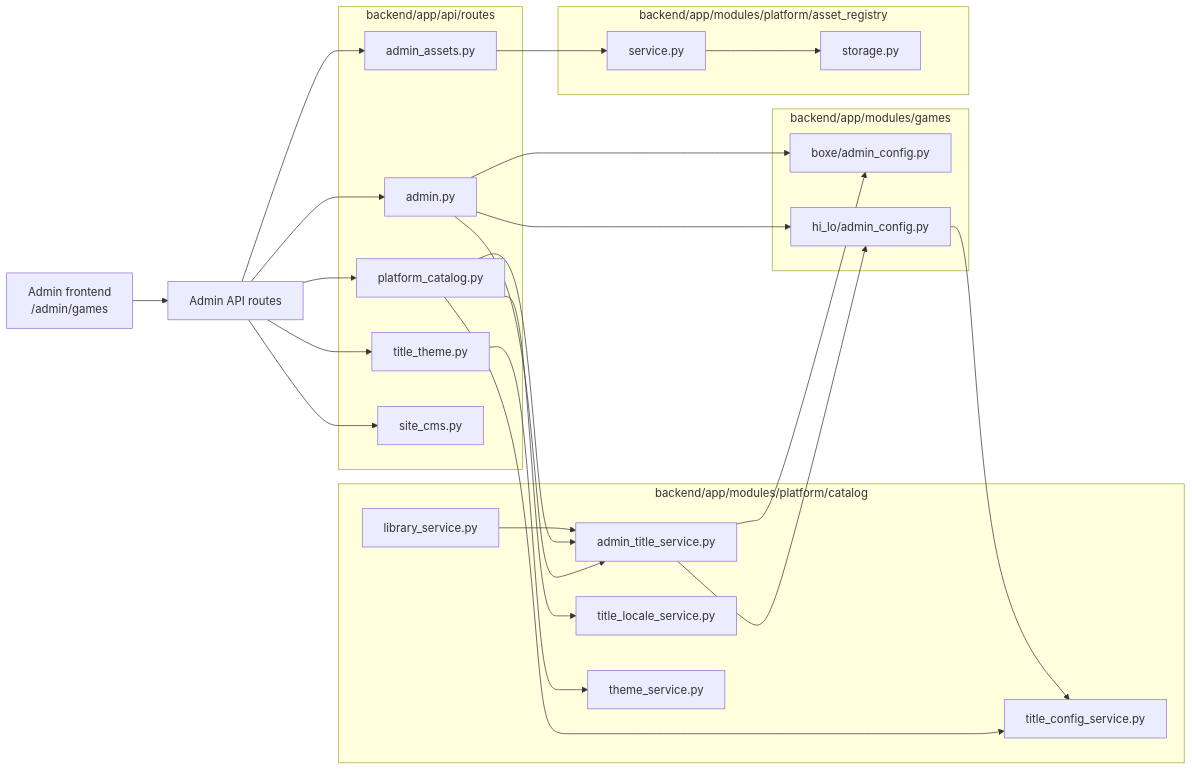
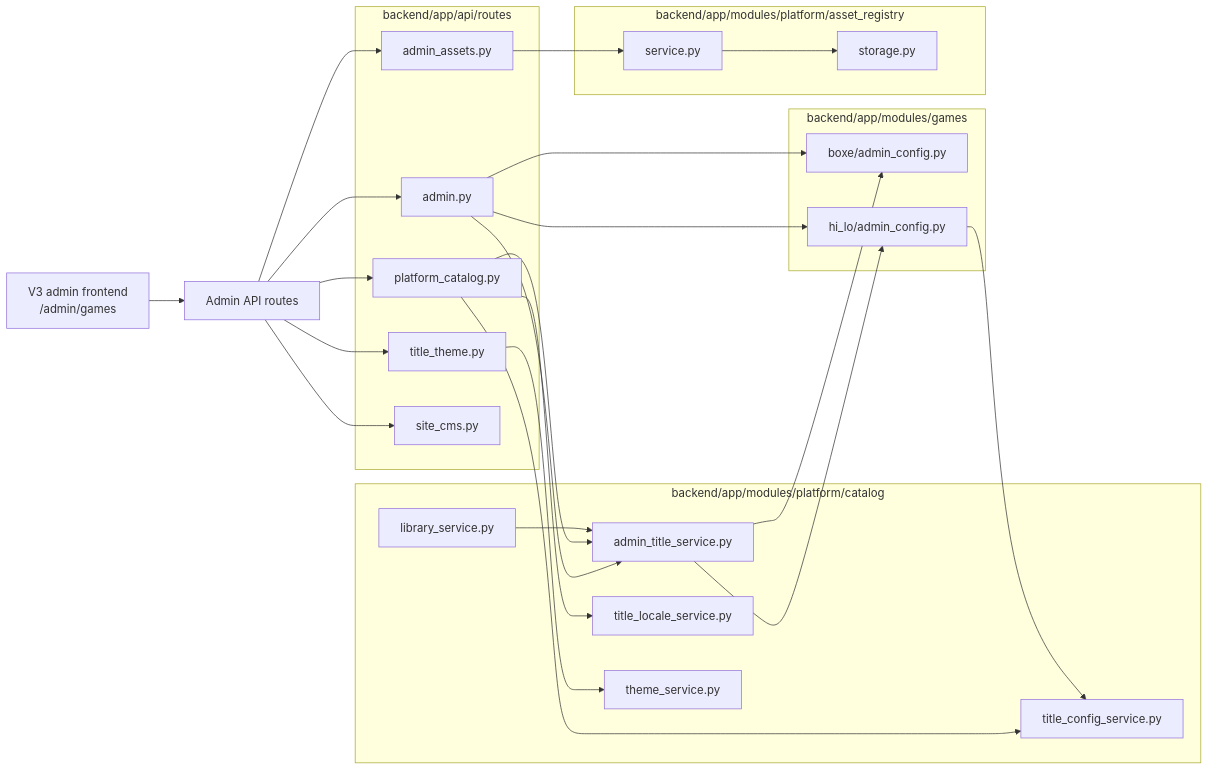
Before and after one commit to moromike/casinoking-platform: the sixth of 11 diagrams in docs/CODE_ARCHITECTURE_MERMAID_MAP_2026-05-22.md, drawn with Mermaid. The commit also changed other lines of this file and 54 other files, not shown here.

````diff
--- a/docs/CODE_ARCHITECTURE_MERMAID_MAP_2026-05-22.md
+++ b/docs/CODE_ARCHITECTURE_MERMAID_MAP_2026-05-22.md
@@ -395,50 +398,50 @@
 ```mermaid
 flowchart LR
-  AdminFE["Admin frontend<br/>/admin/games"] --> AdminAPI["Admin API routes"]
+  AdminFE["V3 admin frontend<br/>/admin/games"] --> AdminAPI["Admin API routes"]
 
   subgraph Routes["backend/app/api/routes"]
     AdminRoutes["admin.py"]
     AdminAssets["admin_assets.py"]
     CatalogRoutes["platform_catalog.py"]
     ThemeRoutes["title_theme.py"]
     SiteCMSRoutes["site_cms.py"]
   end
 
   subgraph CatalogServices["backend/app/modules/platform/catalog"]
     AdminTitle["admin_title_service.py"]
     TitleConfig["title_config_service.py"]
     TitleLocale["title_locale_service.py"]
     ThemeService["theme_service.py"]
     Library["library_service.py"]
   end
 
   subgraph GameAdminConfig["backend/app/modules/games"]
     BoxeAdminConfig["boxe/admin_config.py"]
     HiLoAdminConfig["hi_lo/admin_config.py"]
   end
 
   subgraph AssetServices["backend/app/modules/platform/asset_registry"]
     AssetService["service.py"]
     AssetStorage["storage.py"]
   end
 
   AdminAPI --> AdminRoutes
   AdminAPI --> AdminAssets
   AdminAPI --> CatalogRoutes
   AdminAPI --> ThemeRoutes
   AdminAPI --> SiteCMSRoutes
 
   AdminRoutes --> AdminTitle
   AdminRoutes --> BoxeAdminConfig
   AdminRoutes --> HiLoAdminConfig
   AdminTitle --> BoxeAdminConfig
   AdminTitle --> HiLoAdminConfig
   CatalogRoutes --> AdminTitle
   CatalogRoutes --> TitleConfig
   CatalogRoutes --> TitleLocale
   ThemeRoutes --> ThemeService
   AdminAssets --> AssetService
   AssetService --> AssetStorage
   Library --> AdminTitle
   HiLoAdminConfig --> TitleConfig
 ```
````
